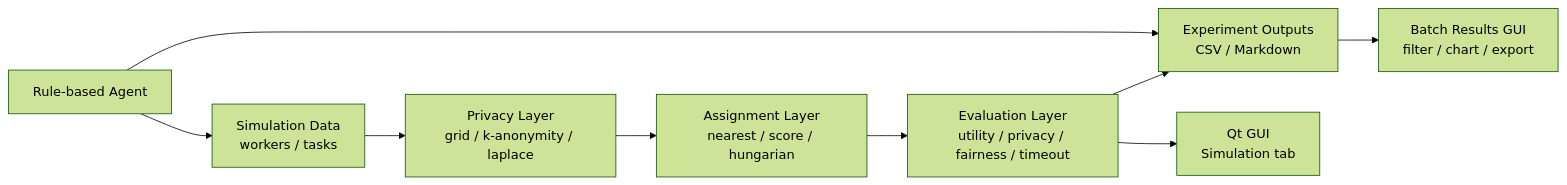
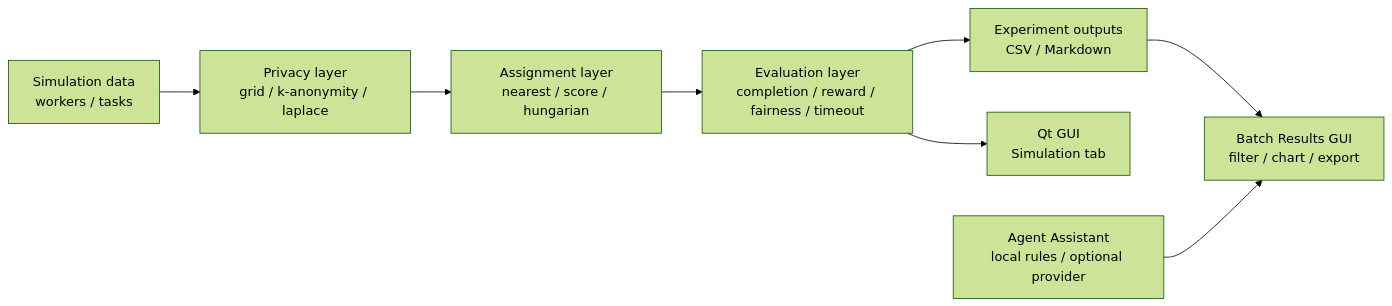
One commit to cqw241/GeoTaskShield changed the diagram in README.md. Above: the diagram before and after it, drawn with Mermaid (forest theme). The commit also changed other lines of this file, not shown here.

````diff
--- a/README.md
+++ b/README.md
@@ -102,11 +70,10 @@
 ```mermaid
 flowchart LR
-    A["Simulation Data<br/>workers / tasks"] --> B["Privacy Layer<br/>grid / k-anonymity / laplace"]
-    B --> C["Assignment Layer<br/>nearest / score / hungarian"]
-    C --> D["Evaluation Layer<br/>utility / privacy / fairness / timeout"]
-    D --> E["Experiment Outputs<br/>CSV / Markdown"]
+    A["Simulation data<br/>workers / tasks"] --> B["Privacy layer<br/>grid / k-anonymity / laplace"]
+    B --> C["Assignment layer<br/>nearest / score / hungarian"]
+    C --> D["Evaluation layer<br/>completion / reward / fairness / timeout"]
+    D --> E["Experiment outputs<br/>CSV / Markdown"]
     D --> F["Qt GUI<br/>Simulation tab"]
     E --> G["Batch Results GUI<br/>filter / chart / export"]
-    H["Rule-based Agent"] --> A
-    H --> E
+    H["Agent Assistant<br/>local rules / optional provider"] --> G
 ```
````
